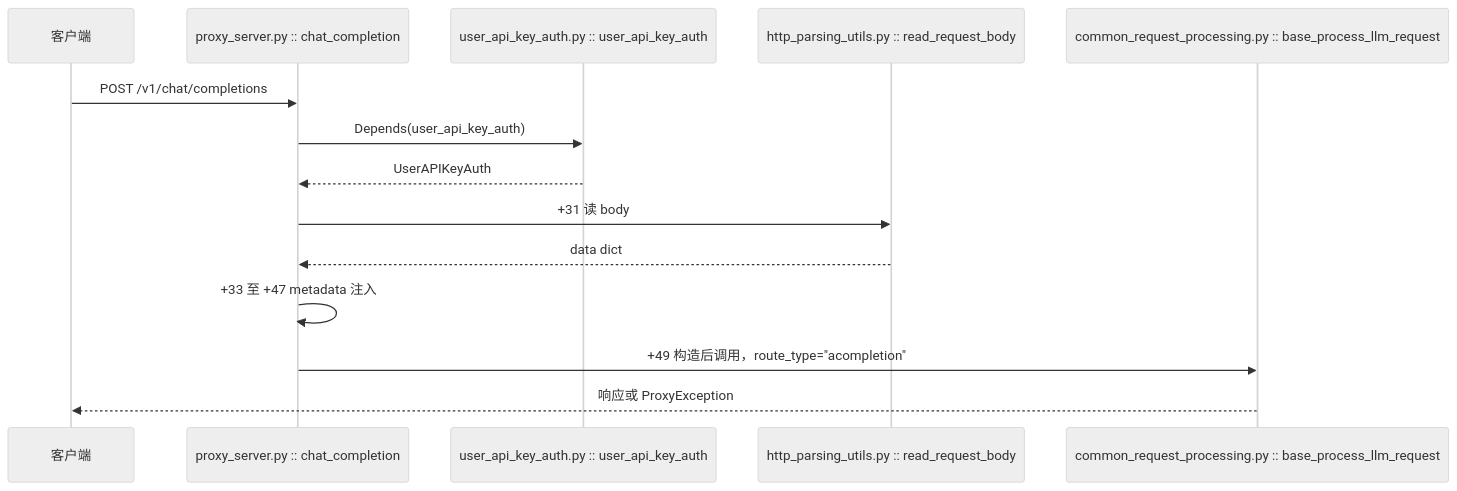
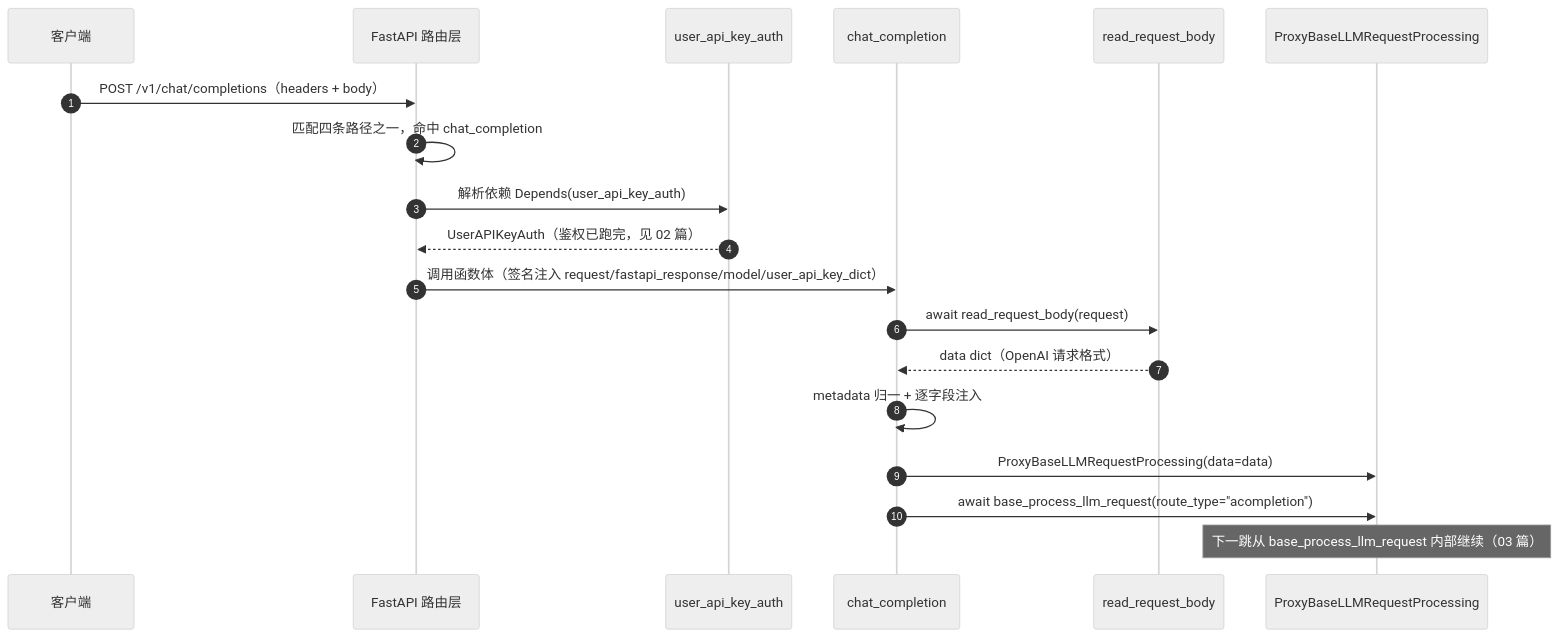
One commit to adrian9778/litellm changed the diagram in docs/sourceReader/03-deep-dive/01-endpoint-and-parsing.md. Above: the diagram before and after it, drawn with Mermaid (neutral theme). The commit also changed other lines of this file and 28 other files, not shown here.

````diff
--- a/docs/sourceReader/03-deep-dive/01-endpoint-and-parsing.md
+++ b/docs/sourceReader/03-deep-dive/01-endpoint-and-parsing.md
@@ -13,17 +14,22 @@
 ```mermaid
 sequenceDiagram
-    participant Client as 客户端
-    participant CC as proxy_server.py :: chat_completion
-    participant Auth as user_api_key_auth.py :: user_api_key_auth
-    participant Body as http_parsing_utils.py :: read_request_body
-    participant Base as common_request_processing.py :: base_process_llm_request
+    autonumber
+    participant C as 客户端
+    participant FW as FastAPI 路由层
+    participant AU as user_api_key_auth
+    participant CC as chat_completion
+    participant RB as read_request_body
+    participant BP as ProxyBaseLLMRequestProcessing
 
-    Client->>CC: POST /v1/chat/completions
-    CC->>Auth: Depends(user_api_key_auth)
-    Auth-->>CC: UserAPIKeyAuth
-    CC->>Body: +31 读 body
-    Body-->>CC: data dict
-    CC->>CC: +33 至 +47 metadata 注入
-    CC->>Base: +49 构造后调用，route_type="acompletion"
-    Base-->>Client: 响应或 ProxyException
+    C->>FW: POST /v1/chat/completions（headers + body）
+    FW->>FW: 匹配四条路径之一，命中 chat_completion
+    FW->>AU: 解析依赖 Depends(user_api_key_auth)
+    AU-->>FW: UserAPIKeyAuth（鉴权已跑完，见 02 篇）
+    FW->>CC: 调用函数体（签名注入 request/fastapi_response/model/user_api_key_dict）
+    CC->>RB: await read_request_body(request)
+    RB-->>CC: data dict（OpenAI 请求格式）
+    CC->>CC: metadata 归一 + 逐字段注入
+    CC->>BP: ProxyBaseLLMRequestProcessing(data=data)
+    CC->>BP: await base_process_llm_request(route_type="acompletion")
+    Note over BP: 下一跳从 base_process_llm_request 内部继续（03 篇）
 ```
````
